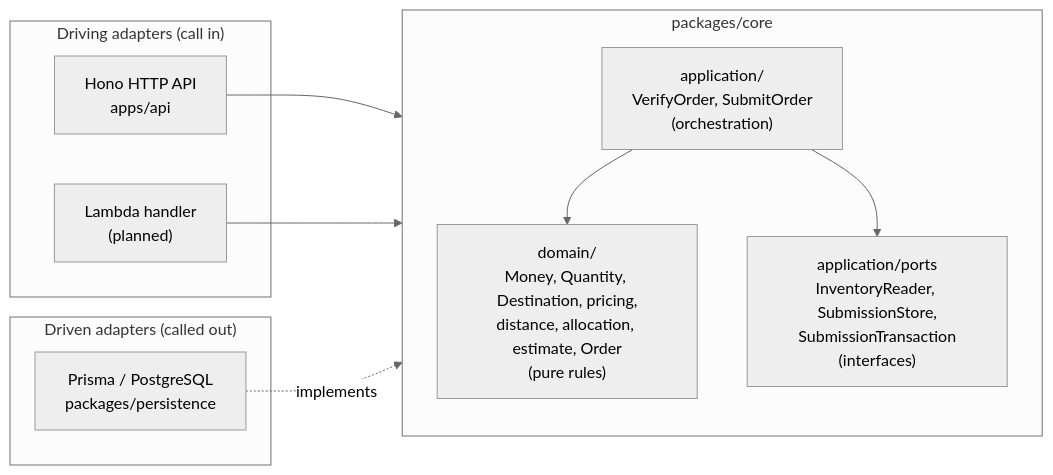
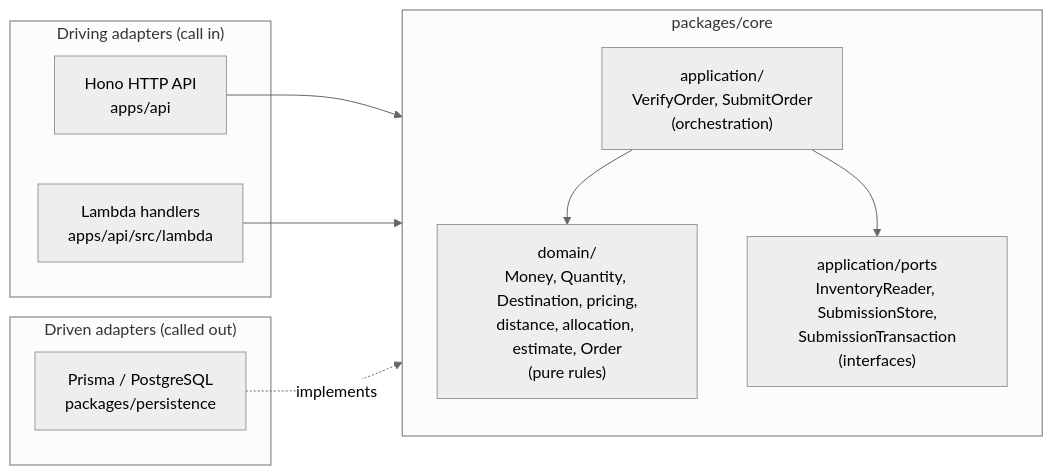
Before and after one commit to bonanaaaaaa/scos: the first of 2 diagrams in docs/architecture.md, drawn with Mermaid (neutral theme). The commit also changed other lines of this file and 31 other files, not shown here.

First line of the commit message:
feat(api): package per-endpoint Lambda handlers and document the AWS deployment design

````diff
--- a/docs/architecture.md
+++ b/docs/architecture.md
@@ -10,24 +10,24 @@
 ```mermaid
 flowchart LR
     subgraph driving["Driving adapters (call in)"]
         api["Hono HTTP API<br/>apps/api"]
-        lambda["Lambda handler<br/>(planned)"]
+        lambda["Lambda handlers<br/>apps/api/src/lambda"]
     end
 
     subgraph core["packages/core"]
         direction TB
         app["application/<br/>VerifyOrder, SubmitOrder<br/>(orchestration)"]
         ports["application/ports<br/>InventoryReader, SubmissionStore,<br/>SubmissionTransaction<br/>(interfaces)"]
         domain["domain/<br/>Money, Quantity, Destination, pricing,<br/>distance, allocation, estimate, Order<br/>(pure rules)"]
         app --> domain
         app --> ports
     end
 
     subgraph driven["Driven adapters (called out)"]
         db["Prisma / PostgreSQL<br/>packages/persistence"]
     end
 
     api --> app
     lambda --> app
     db -. implements .-> ports
 ```
````
